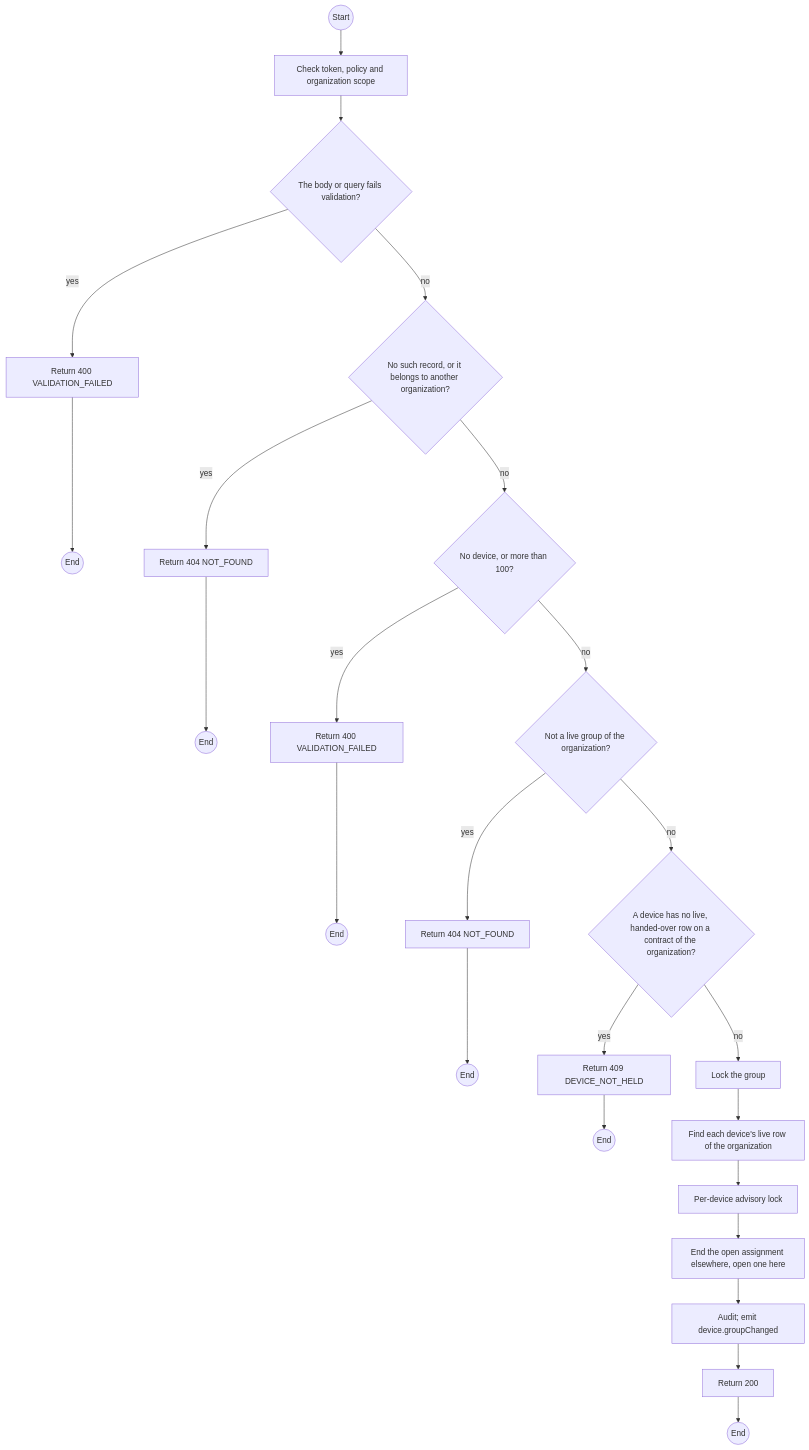
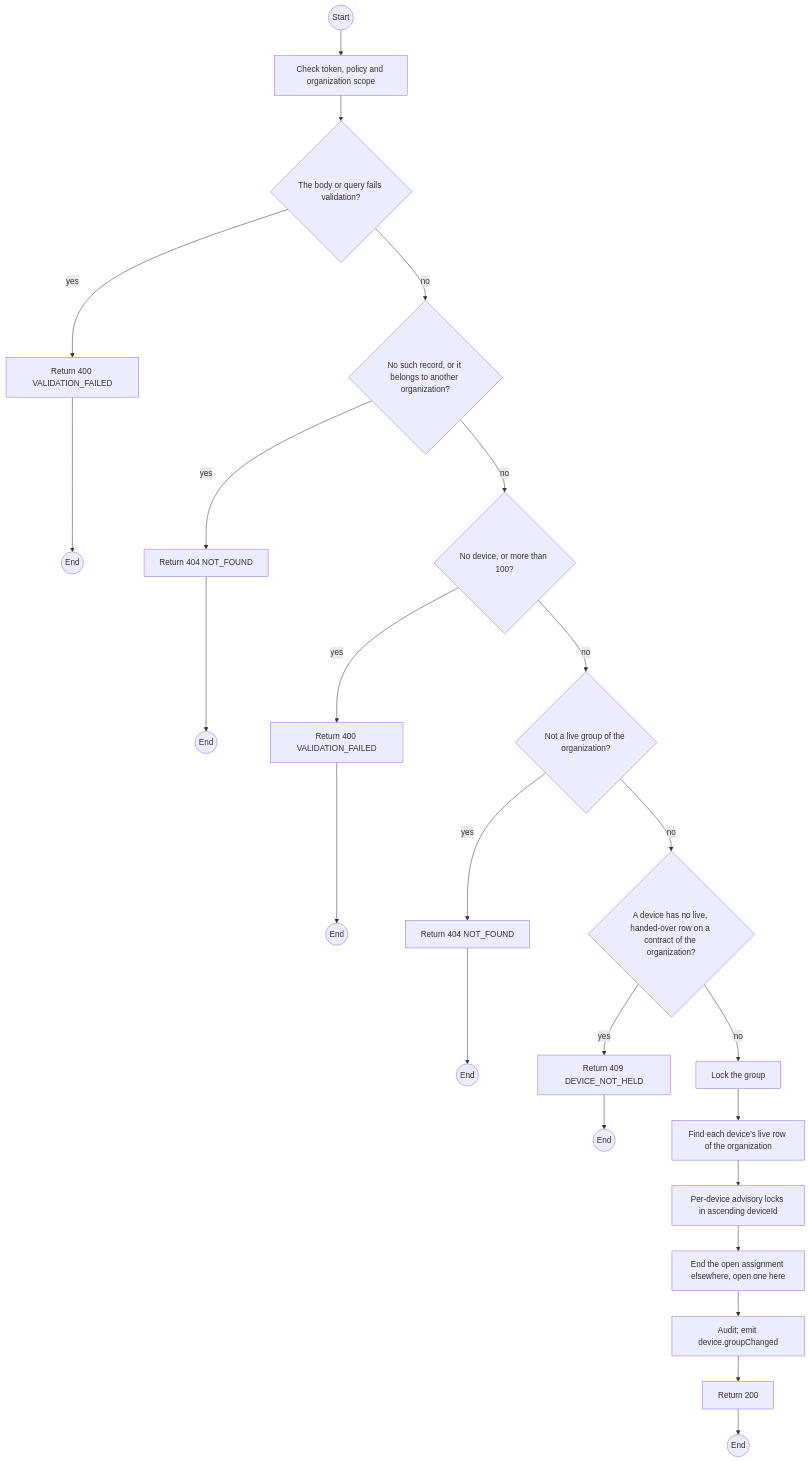
The first of 2 diagrams in specs/rentals/api-design/26-post-groups-id-devices.md (TrekLink-Team/treklink-web), drawn with Mermaid before and after one commit. The commit also changed other lines of this file and 12 other files, not shown here.

````diff
--- a/specs/rentals/api-design/26-post-groups-id-devices.md
+++ b/specs/rentals/api-design/26-post-groups-id-devices.md
@@ -188,44 +188,44 @@
 ```mermaid
 flowchart TB
     S((Start))
     A0["Check token, policy and organization scope"]
     S --> A0
     D1{"The body or query fails validation?"}
     A0 --> D1
     E1["Return 400 VALIDATION_FAILED"]
     D1 -->|yes| E1
     E1 --> X1((End))
     D2{"No such record, or it belongs to another organization?"}
     D1 -->|no| D2
     E2["Return 404 NOT_FOUND"]
     D2 -->|yes| E2
     E2 --> X2((End))
     D3{"No device, or more than 100?"}
     D2 -->|no| D3
     E3["Return 400 VALIDATION_FAILED"]
     D3 -->|yes| E3
     E3 --> X3((End))
     D4{"Not a live group of the organization?"}
     D3 -->|no| D4
     E4["Return 404 NOT_FOUND"]
     D4 -->|yes| E4
     E4 --> X4((End))
     D5{"A device has no live, handed-over row on a contract of the organization?"}
     D4 -->|no| D5
     E5["Return 409 DEVICE_NOT_HELD"]
     D5 -->|yes| E5
     E5 --> X5((End))
     P0["Lock the group"]
     D5 -->|no| P0
     P1["Find each device's live row of the organization"]
     P0 --> P1
-    P2["Per-device advisory lock"]
+    P2["Per-device advisory locks in ascending deviceId"]
     P1 --> P2
     P3["End the open assignment elsewhere, open one here"]
     P2 --> P3
     P4["Audit; emit device.groupChanged"]
     P3 --> P4
     OK["Return 200"]
     P4 --> OK
     OK --> Z((End))
 ```
````
